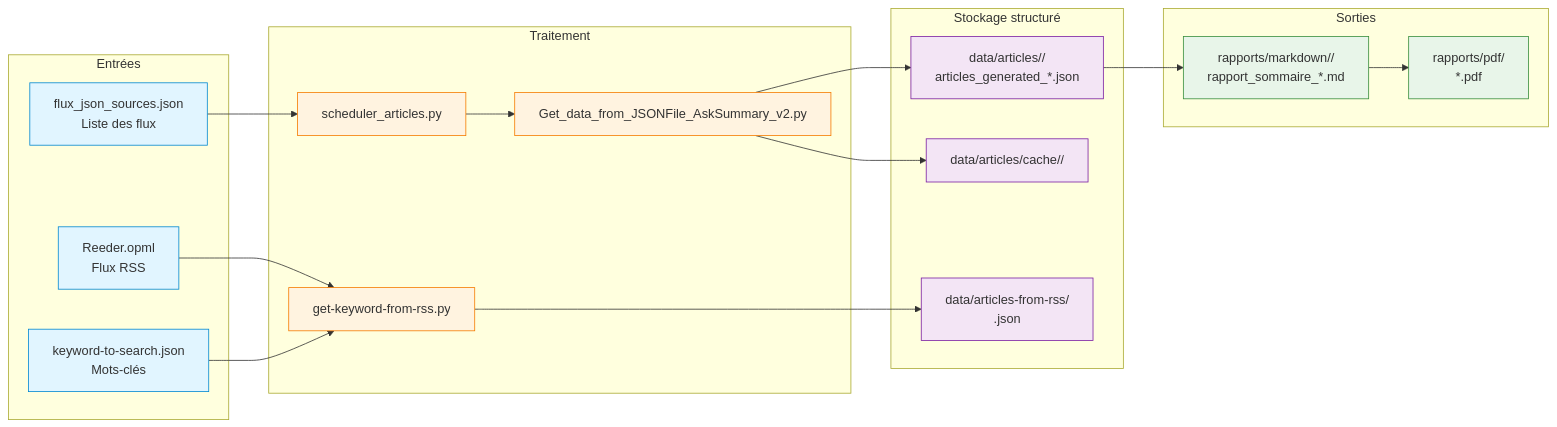
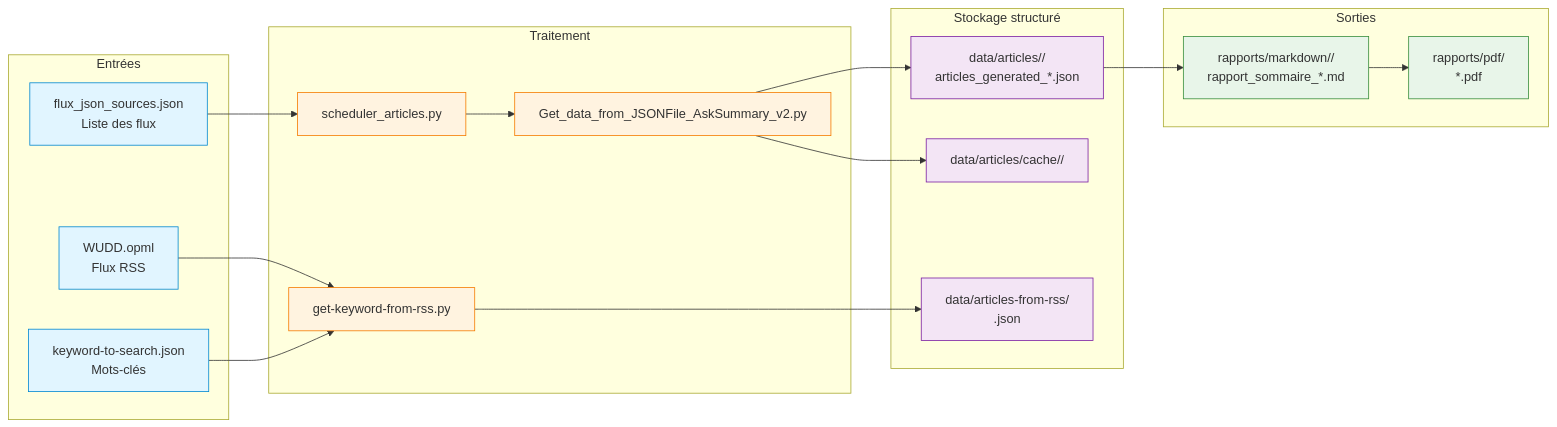
The second of 2 diagrams in docs/STRUCTURE.md (pat-the-geek/AnalyseActualites), drawn with Mermaid before and after one commit. The commit also changed other lines of this file and 21 other files, not shown here.

Commit message:
feat: onglet RSS complet (vérif/sauvegarde/ajout/suppression), renommage WUDD.opml, mobile viewport, révision doc

````diff
--- a/docs/STRUCTURE.md
+++ b/docs/STRUCTURE.md
@@ -223,41 +223,41 @@
 ```mermaid
 flowchart LR
     subgraph INPUT["Entrées"]
         FLUX["flux_json_sources.json\nListe des flux"]
-        OPML["Reeder.opml\nFlux RSS"]
+        OPML["WUDD.opml\nFlux RSS"]
         KW["keyword-to-search.json\nMots-clés"]
     end
 
     subgraph PROCESS["Traitement"]
         ETL["Get_data_from_JSONFile_AskSummary_v2.py"]
         SCHED["scheduler_articles.py"]
         KWSCRIPT["get-keyword-from-rss.py"]
     end
 
     subgraph STORAGE["Stockage structuré"]
         JSON["data/articles/<flux>/\narticles_generated_*.json"]
         JSONKW["data/articles-from-rss/\n<mot-clé>.json"]
         CACHE["data/articles/cache/<flux>/"]
     end
 
     subgraph OUTPUT["Sorties"]
         MD["rapports/markdown/<flux>/\nrapport_sommaire_*.md"]
         PDF["rapports/pdf/\n*.pdf"]
     end
 
     FLUX --> SCHED --> ETL
     ETL --> JSON & CACHE
     JSON --> MD --> PDF
     OPML --> KWSCRIPT
     KW --> KWSCRIPT
     KWSCRIPT --> JSONKW
 
     classDef in fill:#e1f5ff,stroke:#0288d1
     classDef proc fill:#fff3e0,stroke:#f57c00
     classDef store fill:#f3e5f5,stroke:#7b1fa2
     classDef out fill:#e8f5e9,stroke:#388e3c
     class FLUX,OPML,KW in
     class ETL,SCHED,KWSCRIPT proc
     class JSON,JSONKW,CACHE store
     class MD,PDF out
 ```
````
